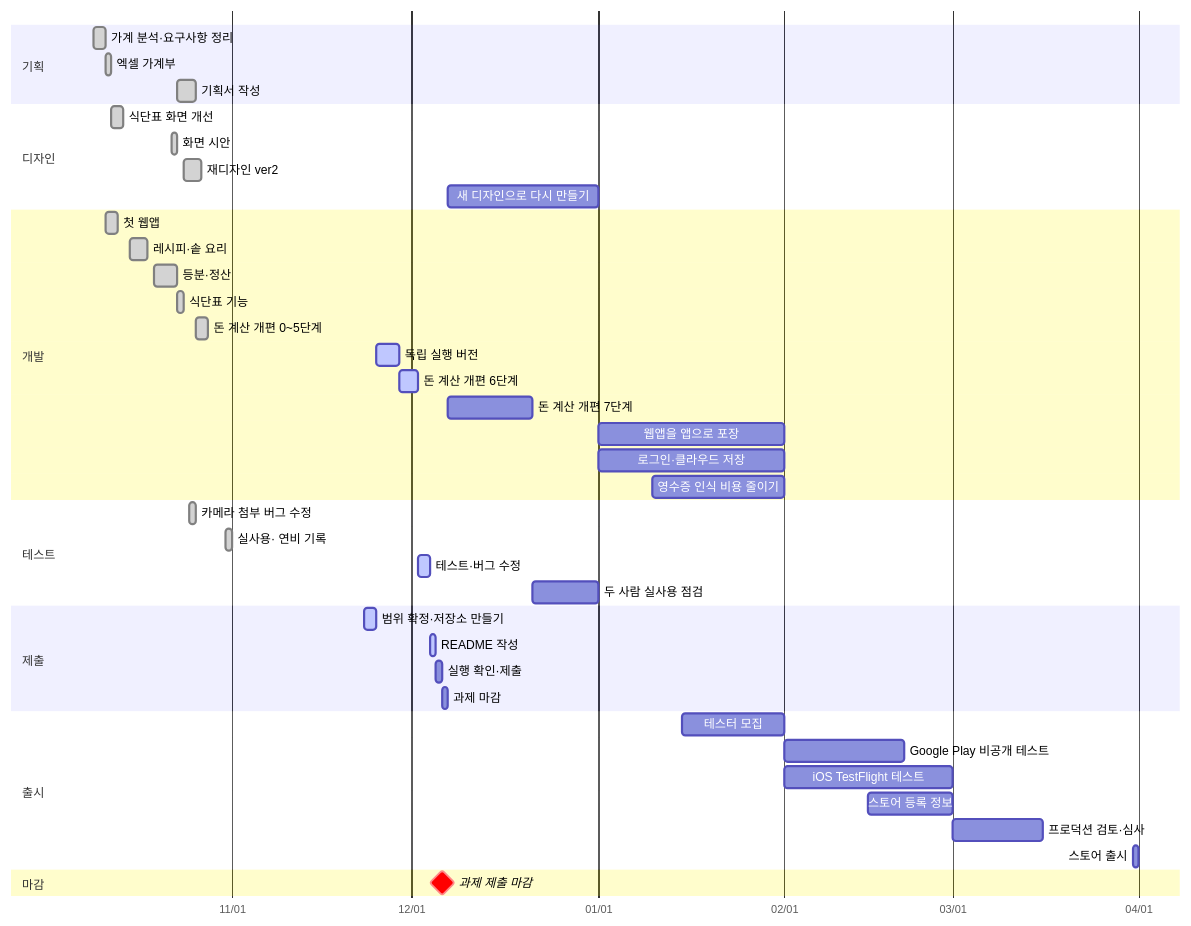
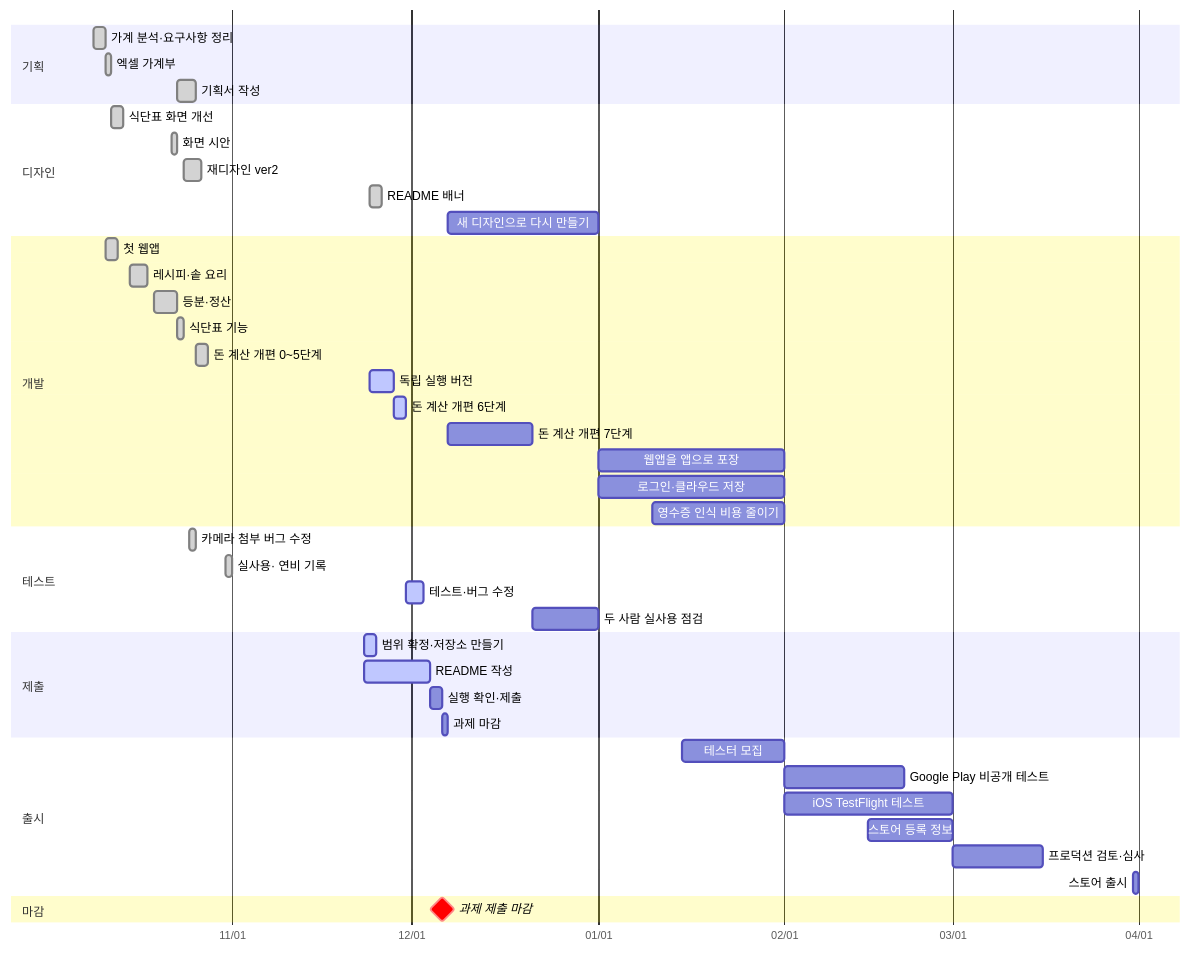
The diagram in README.md (khj1870-robotics/our-home-fridge), drawn with Mermaid before and after one commit. The commit also changed other lines of this file and 1 other file, not shown here.

Commit message:
docs: 제출 일정을 필수 기능 중심으로 줄이고 품질 작업을 과제 후로 이동
- 독립판을 11/24로 앞당기고 핵심 흐름(영수증→재고→식단→먹음→새로고침 유지)을 필수 기능으로 정함
- 돈 계산 6단계는 핵심 검산 4가지만 남기고 버린 돈·검산식 표시는 7단계로
- 12/4 ZIP 리허설, 12/5 제출, 12/6은 예비일
- README 일정 차트를 구글 시트에 맞춰 갱신

Claude-Session: https://claude.ai/code/session_01AdnQQi2NaBhqTH45UVnqp3

````diff
--- a/README.md
+++ b/README.md
@@ -138,46 +138,47 @@
 ```mermaid
 gantt
     dateFormat YYYY-MM-DD
     axisFormat %m/%d
     todayMarker stroke-width:3px,stroke:#D93025
     section 기획
     가계 분석·요구사항 정리 :done, 2026-10-09, 2d
     엑셀 가계부 :done, 2026-10-11, 1d
     기획서 작성 :done, 2026-10-23, 3d
     section 디자인
     식단표 화면 개선 :done, 2026-10-12, 2d
     화면 시안 :done, 2026-10-22, 1d
     재디자인 ver2 :done, 2026-10-24, 3d
+    README 배너 :done, 2026-11-24, 2d
     새 디자인으로 다시 만들기 :2026-12-07, 25d
     section 개발
     첫 웹앱 :done, 2026-10-11, 2d
     레시피·솥 요리 :done, 2026-10-15, 3d
     등분·정산 :done, 2026-10-19, 4d
     식단표 기능 :done, 2026-10-23, 1d
     돈 계산 개편 0~5단계 :done, 2026-10-26, 2d
-    독립 실행 버전 :active, 2026-11-25, 4d
-    돈 계산 개편 6단계 :active, 2026-11-29, 3d
+    독립 실행 버전 :active, 2026-11-24, 4d
+    돈 계산 개편 6단계 :active, 2026-11-28, 2d
     돈 계산 개편 7단계 :2026-12-07, 14d
     웹앱을 앱으로 포장 :2027-01-01, 31d
     로그인·클라우드 저장 :2027-01-01, 31d
     영수증 인식 비용 줄이기 :2027-01-10, 22d
     section 테스트
     카메라 첨부 버그 수정 :done, 2026-10-25, 1d
     실사용· 연비 기록 :done, 2026-10-31, 1d
-    테스트·버그 수정 :active, 2026-12-02, 2d
+    테스트·버그 수정 :active, 2026-11-30, 3d
     두 사람 실사용 점검 :2026-12-21, 11d
     section 제출
     범위 확정·저장소 만들기 :active, 2026-11-23, 2d
-    README 작성 :active, 2026-12-04, 1d
-    실행 확인·제출 :2026-12-05, 1d
+    README 작성 :active, 2026-11-23, 11d
+    실행 확인·제출 :2026-12-04, 2d
     과제 마감 :2026-12-06, 1d
     section 출시
     테스터 모집 :2027-01-15, 17d
     Google Play 비공개 테스트 :2027-02-01, 20d
     iOS TestFlight 테스트 :2027-02-01, 28d
     스토어 등록 정보 :2027-02-15, 14d
     프로덕션 검토·심사 :2027-03-01, 15d
     스토어 출시 :2027-03-31, 1d
     section 마감
     과제 제출 마감 :milestone, crit, 2026-12-06, 0d
 ```
````
